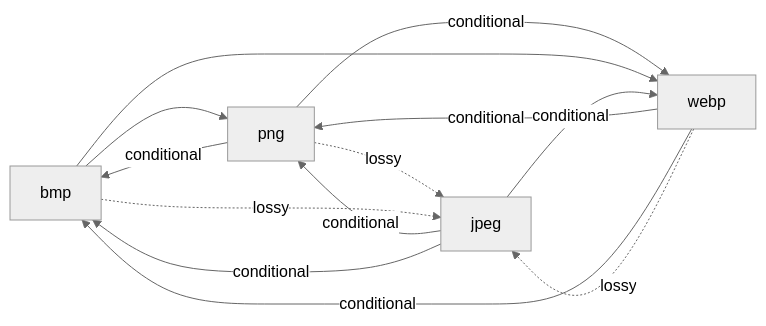
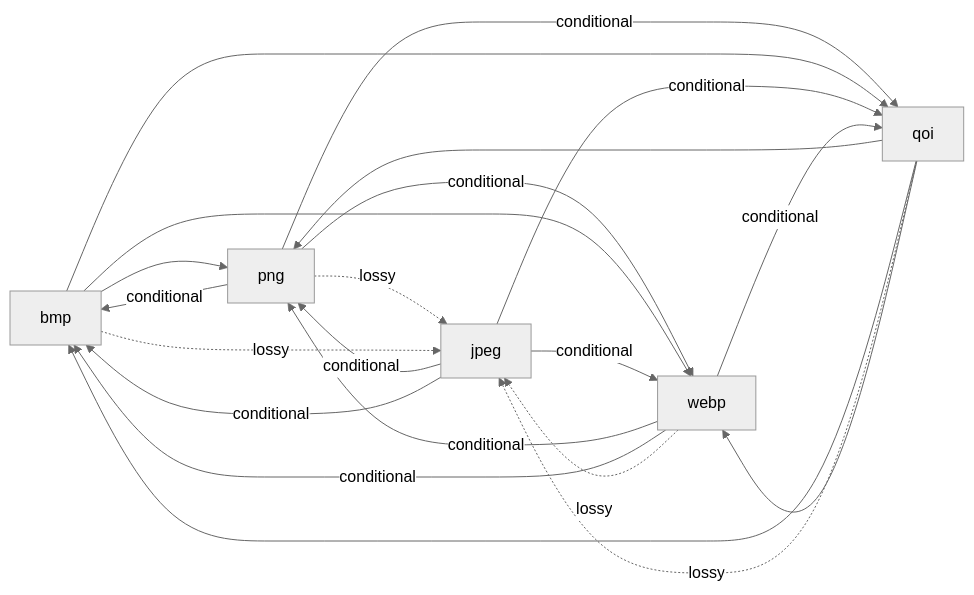
Before and after one commit to Chimi6/Sublime: the third of 4 diagrams in DOCS/FORMATS.md, drawn with Mermaid (neutral theme). The commit also changed other lines of this file and 7 other files, not shown here.

````diff
--- a/DOCS/FORMATS.md
+++ b/DOCS/FORMATS.md
@@ -380,19 +397,28 @@
 ```mermaid
 graph LR
   bmp["bmp"]
   jpeg["jpeg"]
   png["png"]
+  qoi["qoi"]
   webp["webp"]
   png -- conditional --> bmp
   png -. lossy .-> jpeg
   png -- conditional --> webp
+  png -- conditional --> qoi
   bmp --> png
   bmp -. lossy .-> jpeg
   bmp --> webp
+  bmp --> qoi
   jpeg -- conditional --> png
   jpeg -- conditional --> bmp
   jpeg -- conditional --> webp
+  jpeg -- conditional --> qoi
   webp -- conditional --> png
   webp -- conditional --> bmp
   webp -. lossy .-> jpeg
+  webp -- conditional --> qoi
+  qoi --> png
+  qoi --> bmp
+  qoi -. lossy .-> jpeg
+  qoi --> webp
 ```
````
